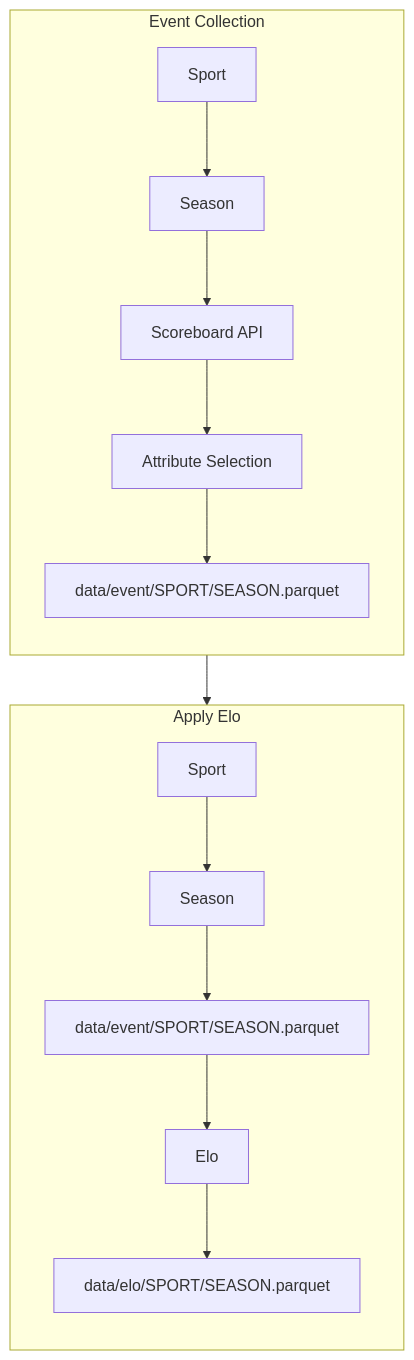
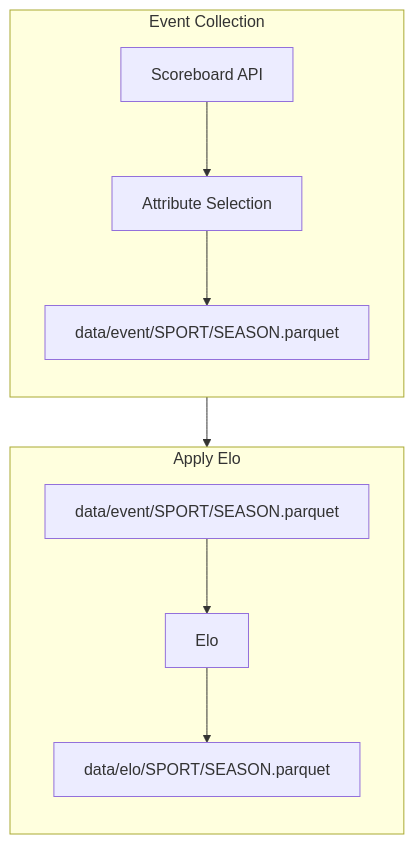
The diagram in README.md (theedgepredictor/elo-rating), drawn with Mermaid before and after one commit. The commit also changed other lines of this file, not shown here.

Commit message:
Remove nodes from graph

````diff
--- a/README.md
+++ b/README.md
@@ -15,18 +12,14 @@
 ```mermaid
 flowchart TB
     subgraph A[Event Collection];
         direction TB;
-        A1[Sport]-->A2[Season];
-        A2[Season]-->A3[Scoreboard API];
         A3[Scoreboard API]-->A4[Attribute Selection];
         A4[Attribute Selection]-->A5[data/event/SPORT/SEASON.parquet];
     end;
     subgraph B[Apply Elo];
         direction TB;
-        B1[Sport]-->B2[Season];
-        B2[Season]-->B3[data/event/SPORT/SEASON.parquet];
         B3[data/event/SPORT/SEASON.parquet]-->B4[Elo];
         B4[Elo]-->B5[data/elo/SPORT/SEASON.parquet];
     end;
 A-->B;
 ```
````
